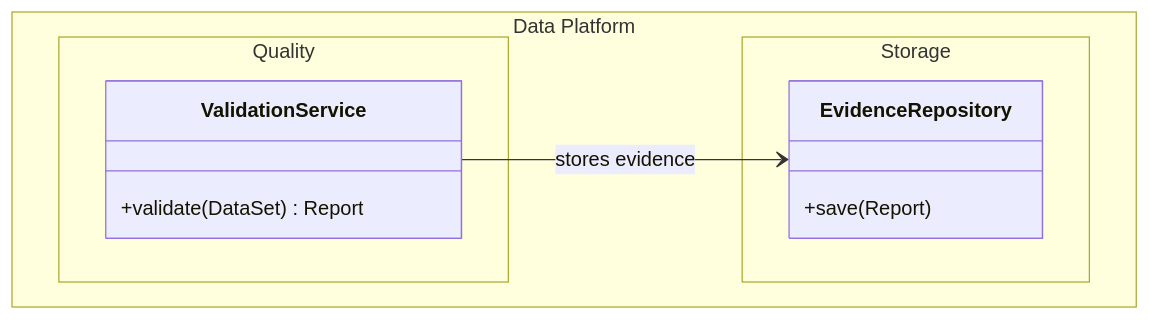
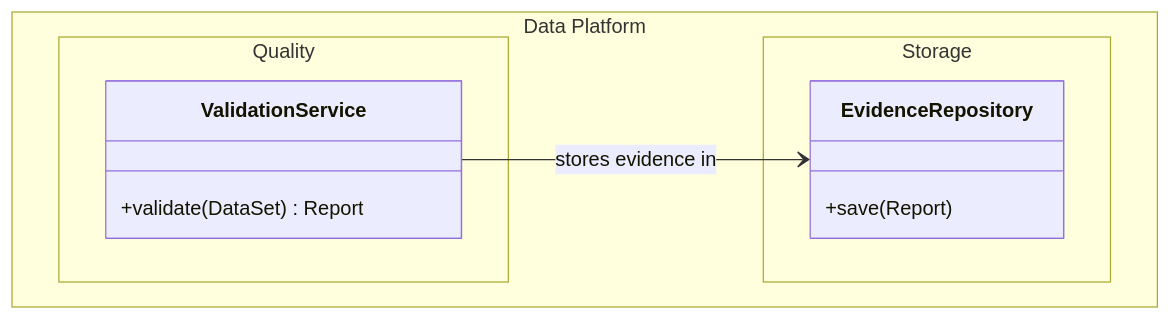
One commit to mols3131d/mols-agent-assets changed the fourth of 4 diagrams in src/rulesync/.rulesync/skills/mols-mermaid-diagram/references/examples/class-diagram.md. Above: the diagram before and after it, drawn with Mermaid. The commit also changed other lines of this file and 27 other files, not shown here.

Commit message:
docs(mermaid): diagram examples 단계별 고도화

````diff
--- a/src/rulesync/.rulesync/skills/mols-mermaid-diagram/references/examples/class-diagram.md
+++ b/src/rulesync/.rulesync/skills/mols-mermaid-diagram/references/examples/class-diagram.md
@@ -61,17 +142,17 @@
 ```mermaid
 classDiagram
     namespace Platform["Data Platform"] {
         namespace Quality {
             class ValidationService {
                 +validate(DataSet) Report
             }
         }
         namespace Storage {
             class EvidenceRepository {
                 +save(Report)
             }
         }
     }
 
-    ValidationService --> EvidenceRepository : stores evidence
+    ValidationService --> EvidenceRepository : stores evidence in
 ```
````
